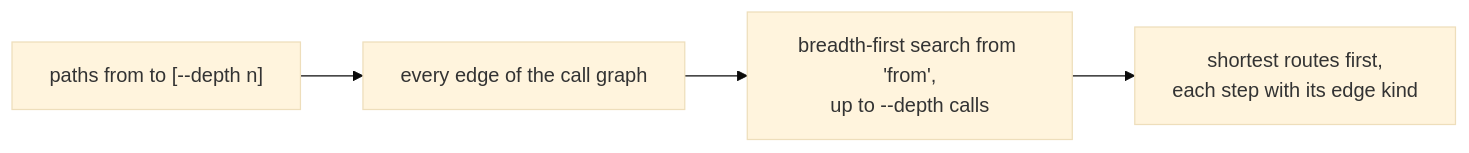
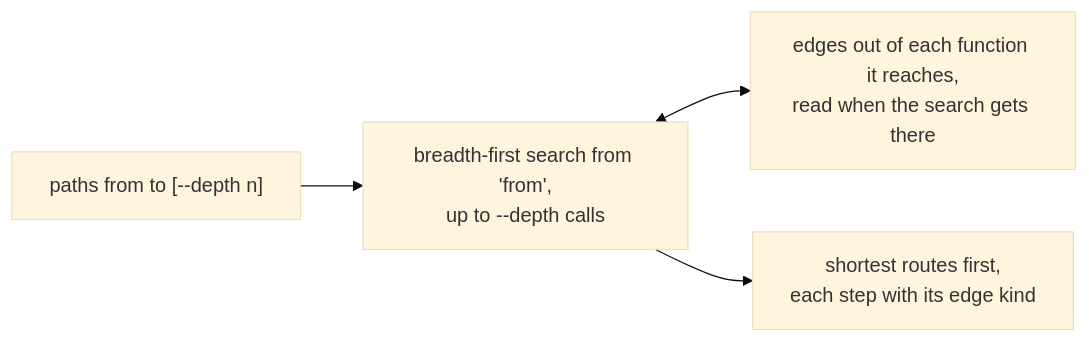
One commit to diptanilsaha/frappe-ast changed diagram 20 of 26 in docs/how-it-works.md. Above: the diagram before and after it, drawn with Mermaid (base theme). The commit also changed 4 other files, not shown here.

Commit message:
perf: cut call graph query memory with per-function reads and compact edges

````diff
--- a/docs/how-it-works.md
+++ b/docs/how-it-works.md
@@ -321,6 +321,6 @@
 ```mermaid
 flowchart LR
-  a["paths from to [--depth n]"] --> g["every edge of the call graph"]
-  g --> bfs["breadth-first search from 'from',<br/>up to --depth calls"]
+  a["paths from to [--depth n]"] --> bfs["breadth-first search from 'from',<br/>up to --depth calls"]
+  bfs <--> g["edges out of each function it reaches,<br/>read when the search gets there"]
   bfs --> out["shortest routes first,<br/>each step with its edge kind"]
 ```
````
